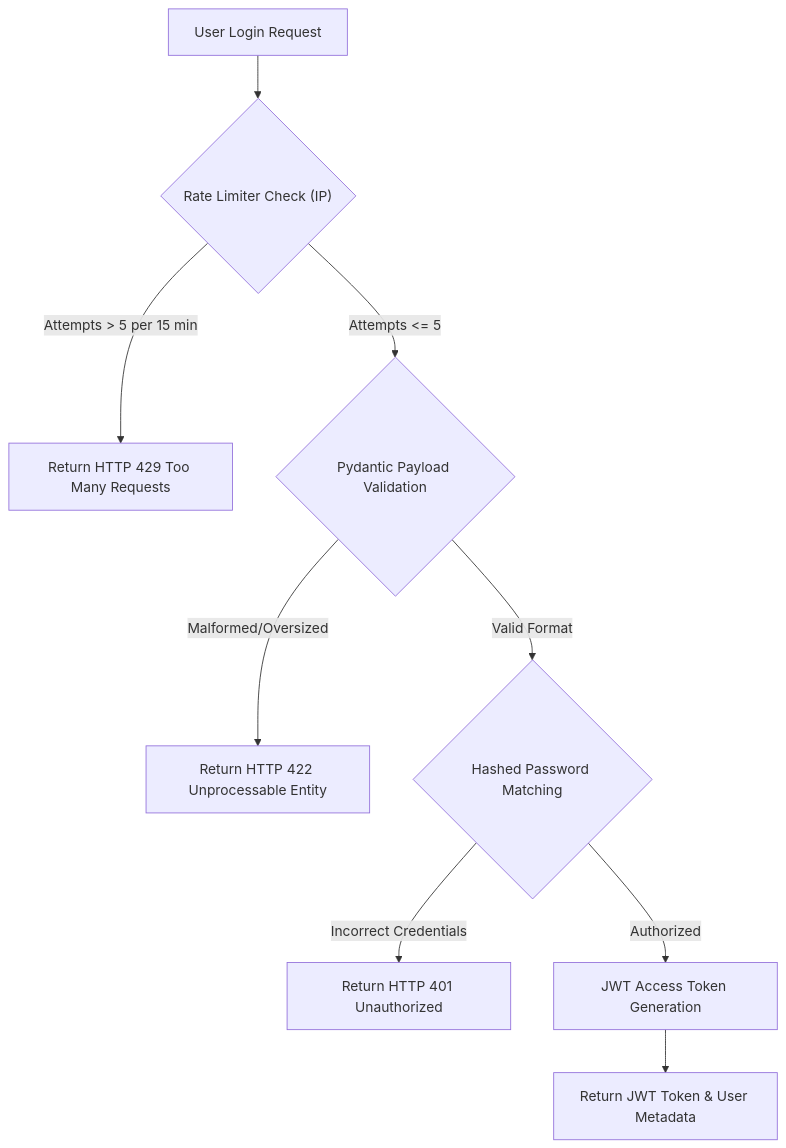
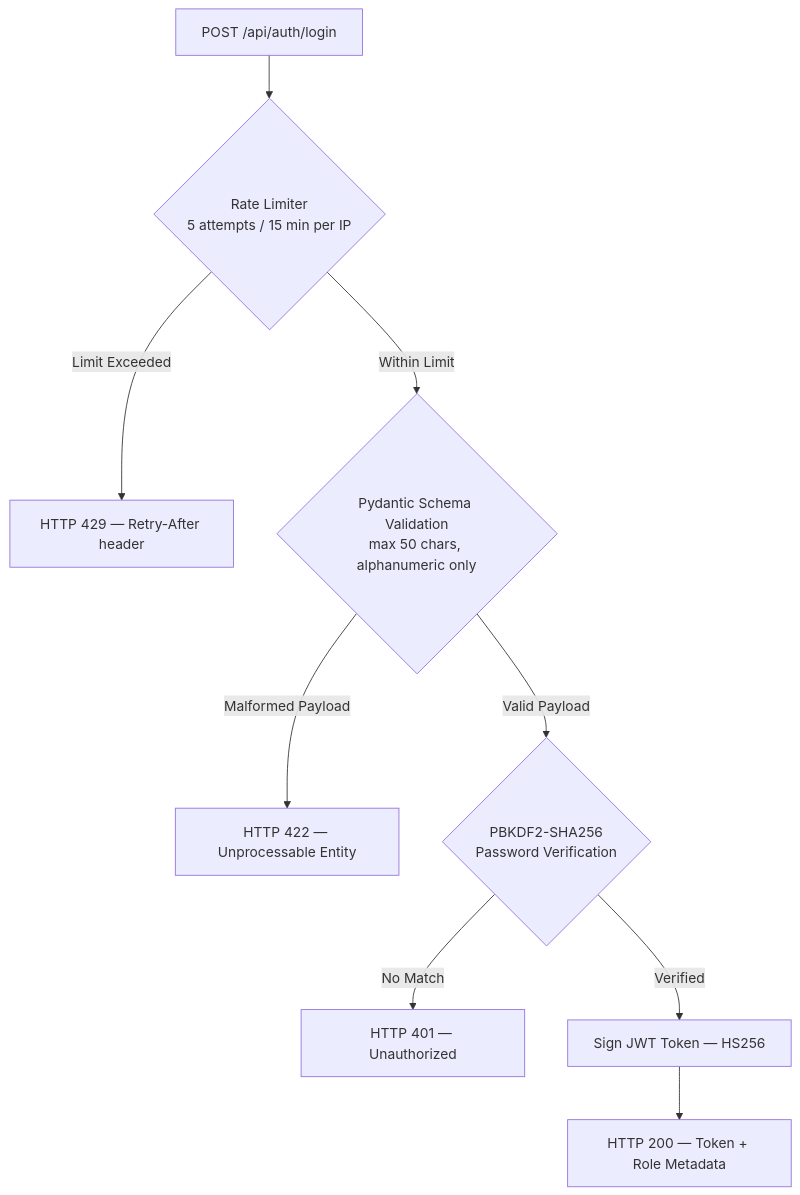
The second of 3 diagrams in README.md (apurvafx/GITWOLVES-DATATHON), drawn with Mermaid before and after one commit. The commit also changed other lines of this file, not shown here.

Commit message:
docs: overhaul README with professional layout, tech tables, and improved diagrams

````diff
--- a/README.md
+++ b/README.md
@@ -111,11 +150,11 @@
 ```mermaid
 graph TD
-    Start["User Login Request"] --> RateLimit{"Rate Limiter Check (IP)"}
-    RateLimit -- "Attempts > 5 per 15 min" --> Error429["Return HTTP 429 Too Many Requests"]
-    RateLimit -- "Attempts <= 5" --> Validate{"Pydantic Payload Validation"}
-    Validate -- "Malformed/Oversized" --> Error422["Return HTTP 422 Unprocessable Entity"]
-    Validate -- "Valid Format" --> CheckCreds{"Hashed Password Matching"}
-    CheckCreds -- "Incorrect Credentials" --> Error401["Return HTTP 401 Unauthorized"]
-    CheckCreds -- "Authorized" --> TokenGen["JWT Access Token Generation"]
-    TokenGen --> Response["Return JWT Token & User Metadata"]
+    A["POST /api/auth/login"] --> B{"Rate Limiter\n5 attempts / 15 min per IP"}
+    B -- "Limit Exceeded" --> C["HTTP 429 — Retry-After header"]
+    B -- "Within Limit" --> D{"Pydantic Schema Validation\nmax 50 chars, alphanumeric only"}
+    D -- "Malformed Payload" --> E["HTTP 422 — Unprocessable Entity"]
+    D -- "Valid Payload" --> F{"PBKDF2-SHA256\nPassword Verification"}
+    F -- "No Match" --> G["HTTP 401 — Unauthorized"]
+    F -- "Verified" --> H["Sign JWT Token — HS256"]
+    H --> I["HTTP 200 — Token + Role Metadata"]
 ```
````
